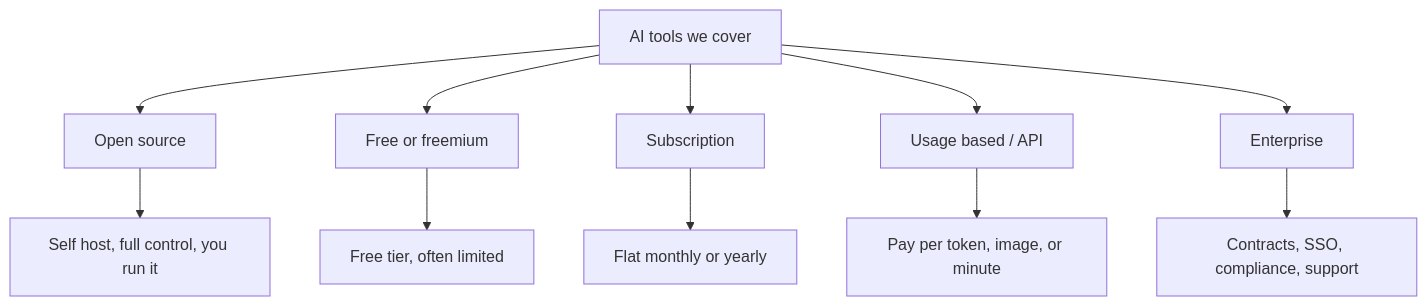
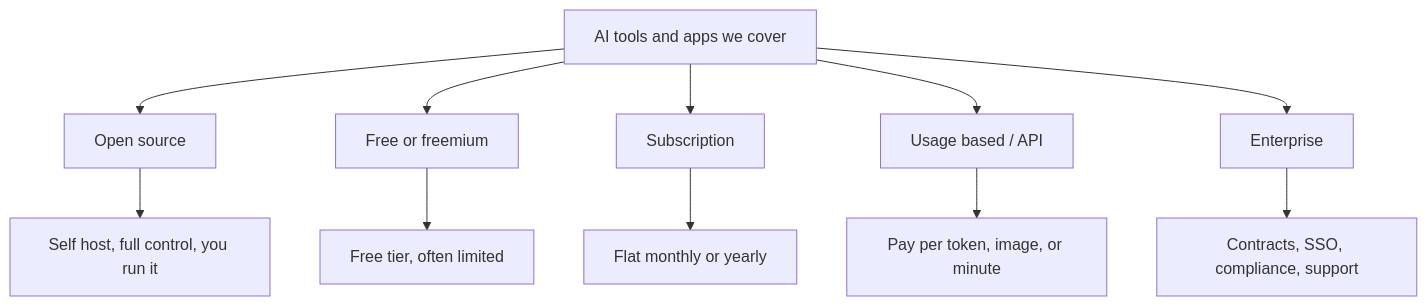
The first of 4 diagrams in docs/requirements.md (ombharatiya/ai-tools), drawn with Mermaid before and after one commit. The commit also changed other lines of this file and 6 other files, not shown here.

First line of the commit message:
docs: cover apps and add browse-by-profession navigation

````diff
--- a/docs/requirements.md
+++ b/docs/requirements.md
@@ -77,13 +77,13 @@
 ```mermaid
 flowchart TD
-    T[AI tools we cover] --> O[Open source]
+    T[AI tools and apps we cover] --> O[Open source]
     T --> F[Free or freemium]
     T --> S[Subscription]
     T --> U[Usage based / API]
     T --> E[Enterprise]
     O --> N1[Self host, full control, you run it]
     F --> N2[Free tier, often limited]
     S --> N3[Flat monthly or yearly]
     U --> N4[Pay per token, image, or minute]
     E --> N5[Contracts, SSO, compliance, support]
 ```
````
